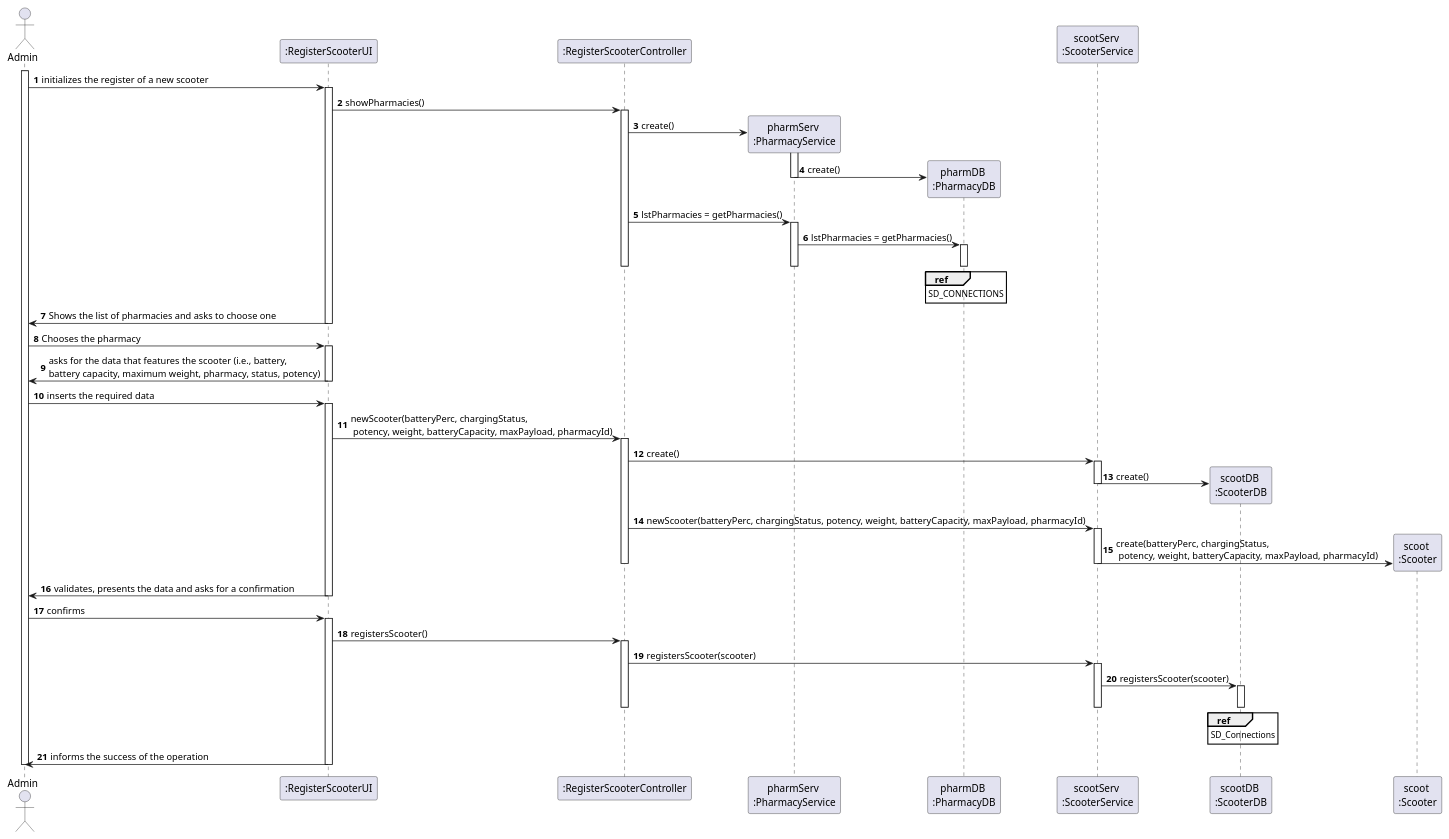
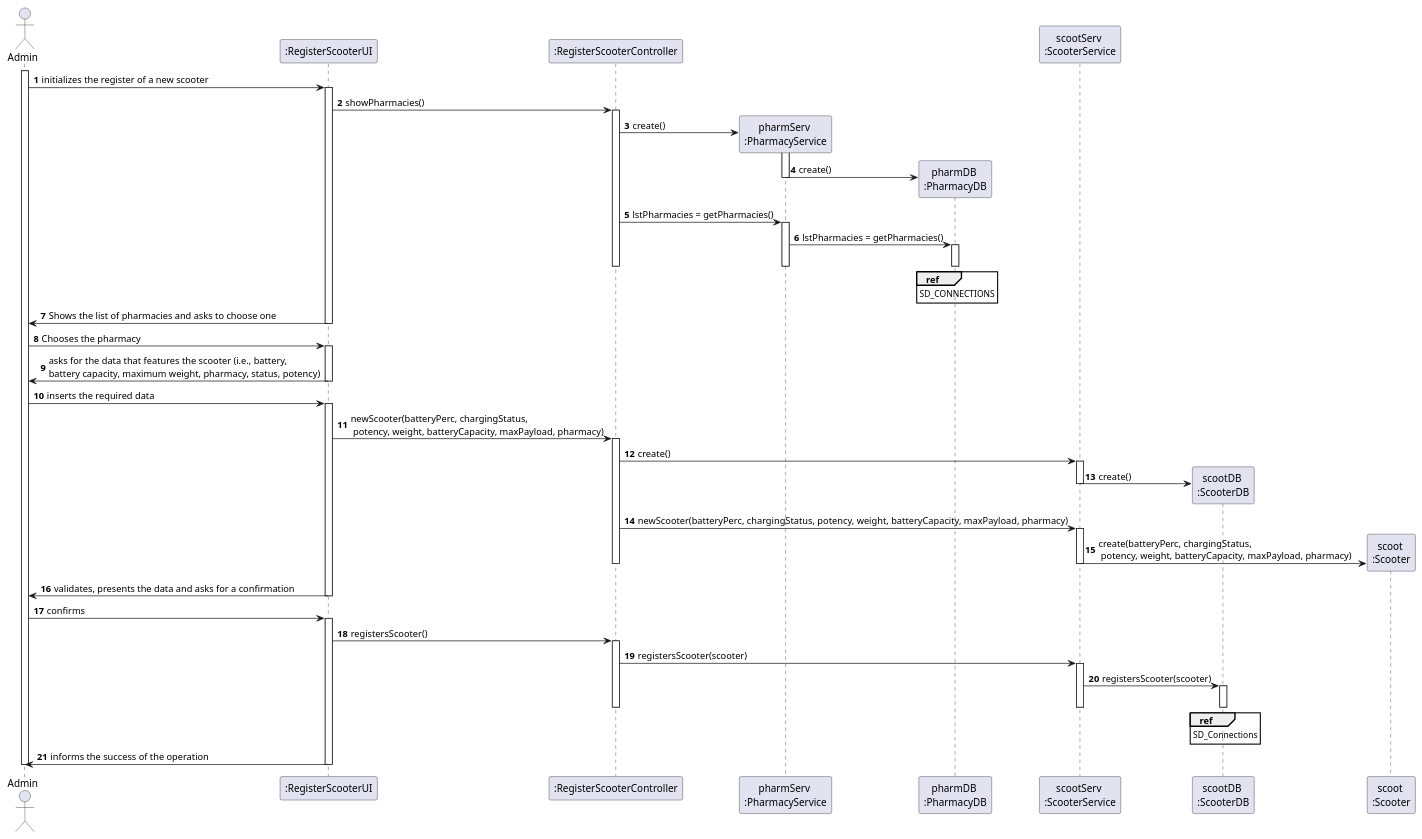
The diagram in docs/Iteration 2/Scooter Management/US21_RegisterScooter/Refinement/US21_SD.puml (tiagoavcosta25/LAPR3), drawn with PlantUML before and after one commit. The commit also changed 12 other files, not shown here.

```diff
--- a/docs/Iteration 2/Scooter Management/US21_RegisterScooter/Refinement/US21_SD.puml
+++ b/docs/Iteration 2/Scooter Management/US21_RegisterScooter/Refinement/US21_SD.puml
@@ -1,80 +1,80 @@
 @startuml
 autonumber
 actor "Admin" as ADMIN
 
 participant ":RegisterScooterUI" as UI
 participant ":RegisterScooterController" as CTRL
 participant "pharmServ \n:PharmacyService" as PHS
 participant "pharmDB \n:PharmacyDB" as PHDB
 participant "scootServ \n:ScooterService" as SS
 participant "scootDB \n:ScooterDB" as SDB
 participant "scoot \n:Scooter" as SC
 
 activate ADMIN
 
 ADMIN -> UI : initializes the register of a new scooter
 activate UI
 UI -> CTRL : showPharmacies()
 activate CTRL
 CTRL -> PHS ** : create()
 activate PHS
 PHS -> PHDB ** : create()
 deactivate PHS
 CTRL -> PHS : lstPharmacies = getPharmacies()
 activate PHS
 PHS -> PHDB : lstPharmacies = getPharmacies()
 activate PHDB
 ref over PHDB
 SD_CONNECTIONS
 end ref
 deactivate PHDB
 deactivate PHS
 deactivate CTRL
 UI -> ADMIN : Shows the list of pharmacies and asks to choose one
 deactivate UI
 
 ADMIN -> UI : Chooses the pharmacy
 activate UI
 UI -> ADMIN : asks for the data that features the scooter (i.e., battery, \nbattery capacity, maximum weight, pharmacy, status, potency)
 deactivate UI
 
 ADMIN -> UI : inserts the required data
 activate UI
-UI -> CTRL : newScooter(batteryPerc, chargingStatus,\n potency, weight, batteryCapacity, maxPayload, pharmacyId)
+UI -> CTRL : newScooter(batteryPerc, chargingStatus,\n potency, weight, batteryCapacity, maxPayload, pharmacy)
 activate CTRL
 
 CTRL -> SS : create()
 activate SS
 SS -> SDB ** : create()
 deactivate SS
 
-CTRL -> SS : newScooter(batteryPerc, chargingStatus, potency, weight, batteryCapacity, maxPayload, pharmacyId)
+CTRL -> SS : newScooter(batteryPerc, chargingStatus, potency, weight, batteryCapacity, maxPayload, pharmacy)
 activate SS
-SS -> SC ** : create(batteryPerc, chargingStatus,\n potency, weight, batteryCapacity, maxPayload, pharmacyId)
+SS -> SC ** : create(batteryPerc, chargingStatus,\n potency, weight, batteryCapacity, maxPayload, pharmacy)
 deactivate SS
 deactivate CTRL
 
 
 UI -> ADMIN : validates, presents the data and asks for a confirmation
 deactivate UI
 
 ADMIN -> UI : confirms
 activate UI
 UI -> CTRL : registersScooter()
 activate CTRL
 CTRL -> SS : registersScooter(scooter)
 activate SS
 SS -> SDB : registersScooter(scooter)
 activate SDB
 ref over SDB
 SD_Connections
 end ref
 deactivate SDB
 deactivate SS
 deactivate CTRL
 UI -> ADMIN : informs the success of the operation
 deactivate UI
 
 deactivate ADMIN
 
 @enduml
```
